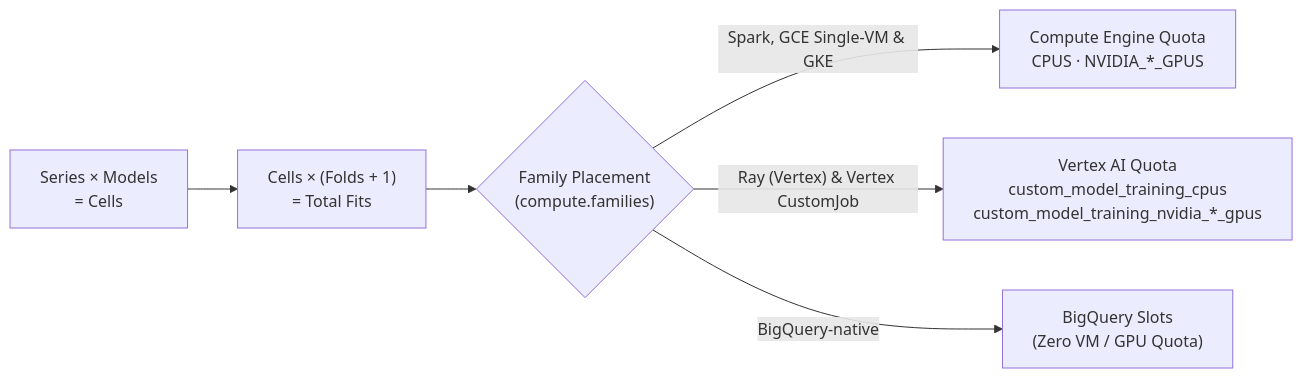
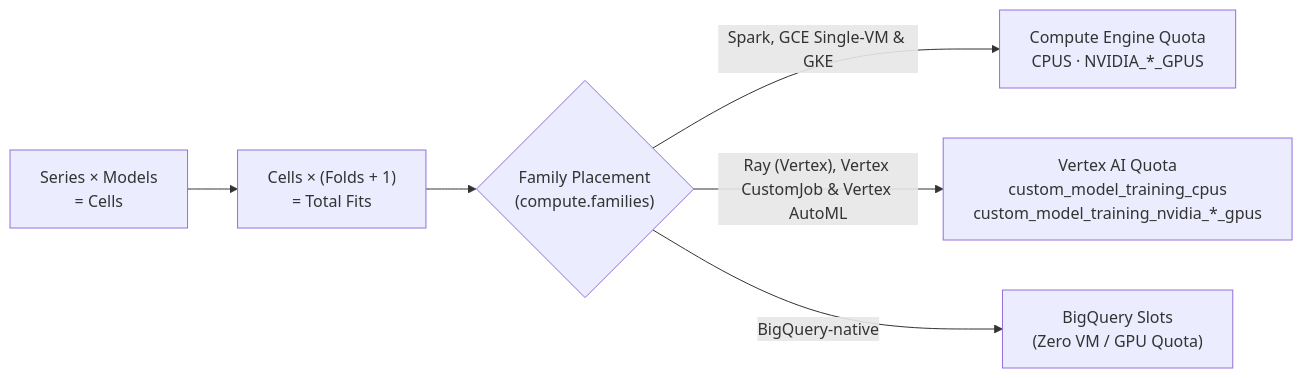
Before and after one commit to statmike/scale-forecasting: the diagram in docs/quota_and_scale.md, drawn with Mermaid. The commit also changed 102 other files, not shown here.

Commit message:
feat(automl,explainability): add Vertex AI AutoML & Tabular Workflows (vertex_l2l, vertex_tide, vertex_tft, vertex_seq2seq), Two-Tier Feature Attributions, and repo-wide docs

````diff
--- a/docs/quota_and_scale.md
+++ b/docs/quota_and_scale.md
@@ -18,8 +18,8 @@
 ```mermaid
 flowchart LR
-    Workload["Series × Models\n= Cells"] --> Fits["Cells × (Folds + 1)\n= Total Fits"]
-    Fits --> Split{"Family Placement\n(compute.families)"}
-    Split -->|"Spark, GCE Single-VM & GKE"| GCE["Compute Engine Quota\nCPUS · NVIDIA_*_GPUS"]
-    Split -->|"Ray (Vertex) & Vertex CustomJob"| VTX["Vertex AI Quota\ncustom_model_training_cpus\ncustom_model_training_nvidia_*_gpus"]
-    Split -->|"BigQuery-native"| BQS["BigQuery Slots\n(Zero VM / GPU Quota)"]
+    Workload["Series × Models<br/>= Cells"] --> Fits["Cells × (Folds + 1)<br/>= Total Fits"]
+    Fits --> Split{"Family Placement<br/>(compute.families)"}
+    Split -->|"Spark, GCE Single-VM & GKE"| GCE["Compute Engine Quota<br/>CPUS · NVIDIA_*_GPUS"]
+    Split -->|"Ray (Vertex), Vertex CustomJob & Vertex AutoML"| VTX["Vertex AI Quota<br/>custom_model_training_cpus<br/>custom_model_training_nvidia_*_gpus"]
+    Split -->|"BigQuery-native"| BQS["BigQuery Slots<br/>(Zero VM / GPU Quota)"]
 ```
````
